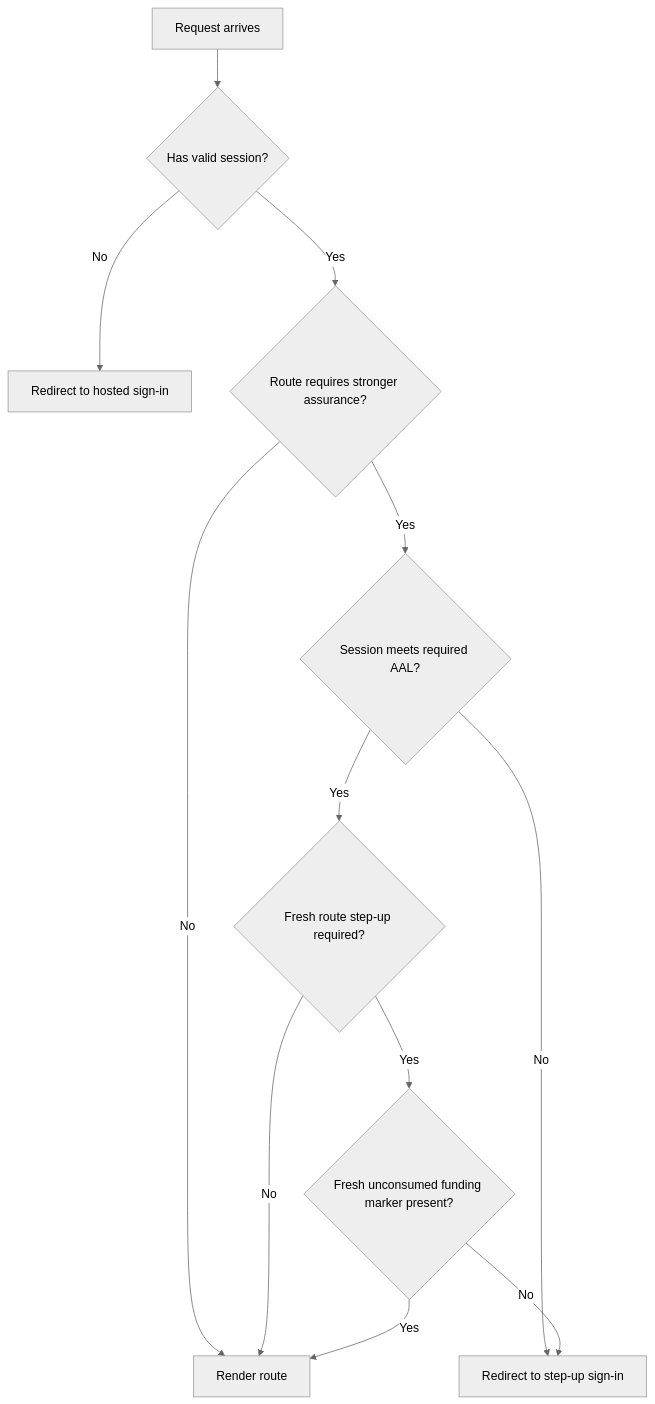
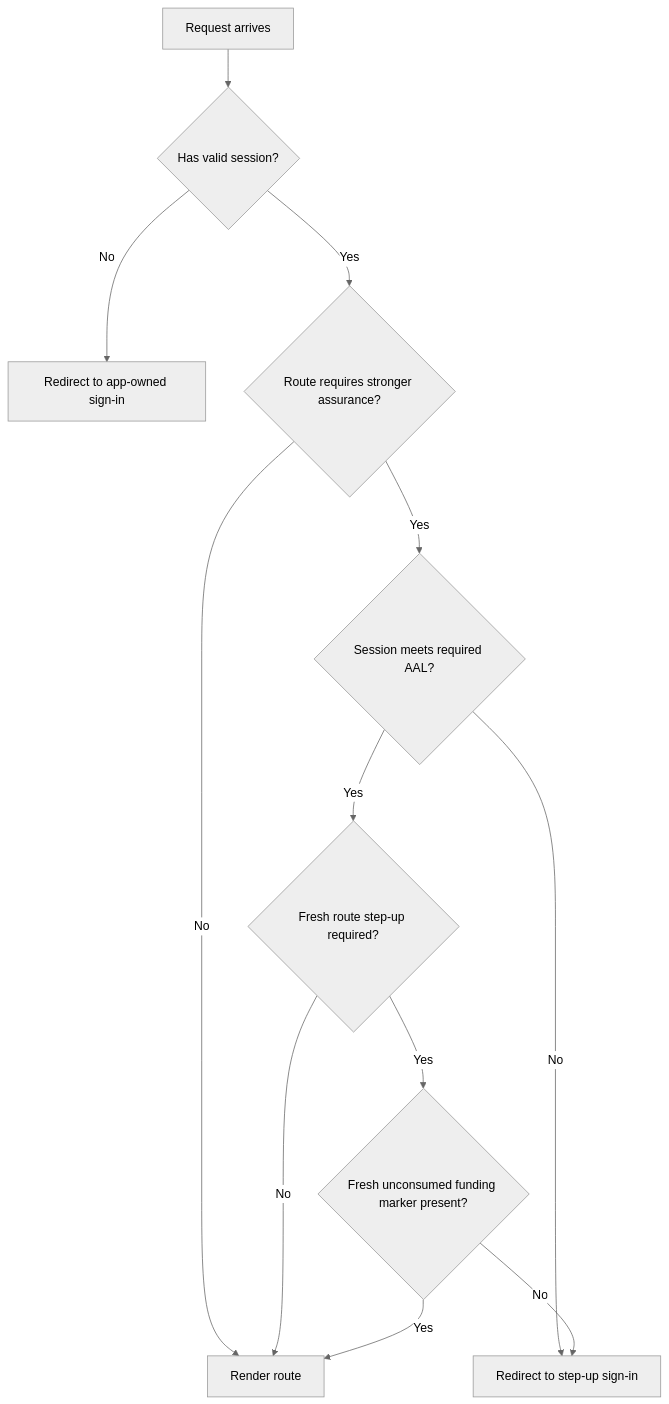
One commit to vc4u2c/acme-los changed the third of 5 diagrams in docs/architecture/auth-server-flows.md. Above: the diagram before and after it, drawn with Mermaid (neutral theme). The commit also changed other lines of this file and 121 other files, not shown here.

````diff
--- a/docs/architecture/auth-server-flows.md
+++ b/docs/architecture/auth-server-flows.md
@@ -183,14 +183,14 @@
 ```mermaid
 flowchart TD
   A[Request arrives] --> B{Has valid session?}
-  B -- No --> C[Redirect to hosted sign-in]
+  B -- No --> C[Redirect to app-owned sign-in]
   B -- Yes --> D{Route requires stronger assurance?}
   D -- No --> E[Render route]
   D -- Yes --> F{Session meets required AAL?}
   F -- No --> G[Redirect to step-up sign-in]
   F -- Yes --> H{Fresh route step-up required?}
   H -- No --> E
   H -- Yes --> I{Fresh unconsumed funding marker present?}
   I -- No --> G
   I -- Yes --> E
 ```
````
